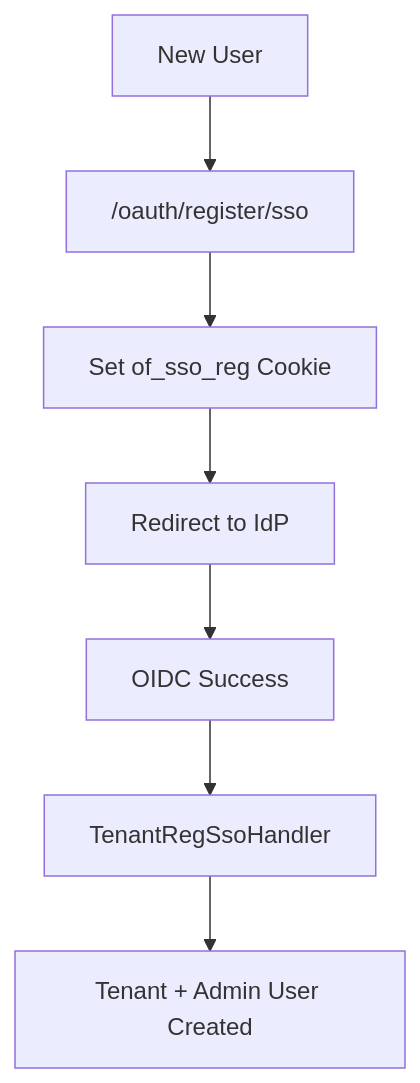
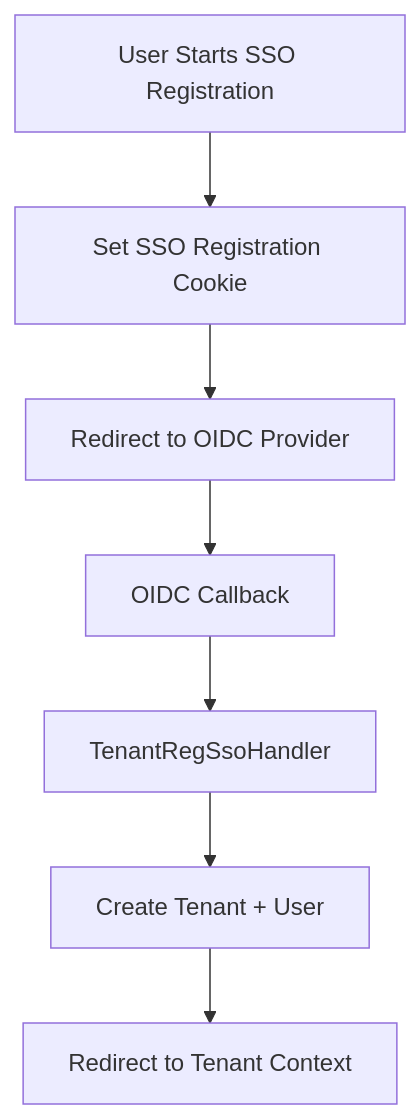
Before and after one commit to flamingo-stack/openframe-oss-lib: the seventh of 7 diagrams in docs/reference/architecture/authorization-service-core/authorization-service-core.md, drawn with Mermaid. The commit also changed other lines of this file and 172 other files, not shown here.

````diff
--- a/docs/reference/architecture/authorization-service-core/authorization-service-core.md
+++ b/docs/reference/architecture/authorization-service-core/authorization-service-core.md
@@ -207,9 +278,9 @@
 ```mermaid
 flowchart TD
-    User["New User"] --> Start["/oauth/register/sso"]
-    Start --> Cookie["Set of_sso_reg Cookie"]
-    Cookie --> IdP["Redirect to IdP"]
-    IdP --> Success["OIDC Success"]
-    Success --> Handler["TenantRegSsoHandler"]
-    Handler --> TenantCreated["Tenant + Admin User Created"]
+    Start["User Starts SSO Registration"] --> Cookie["Set SSO Registration Cookie"]
+    Cookie --> OIDC["Redirect to OIDC Provider"]
+    OIDC --> Callback["OIDC Callback"]
+    Callback --> Handler["TenantRegSsoHandler"]
+    Handler --> CreateTenant["Create Tenant + User"]
+    CreateTenant --> Redirect["Redirect to Tenant Context"]
 ```
````
